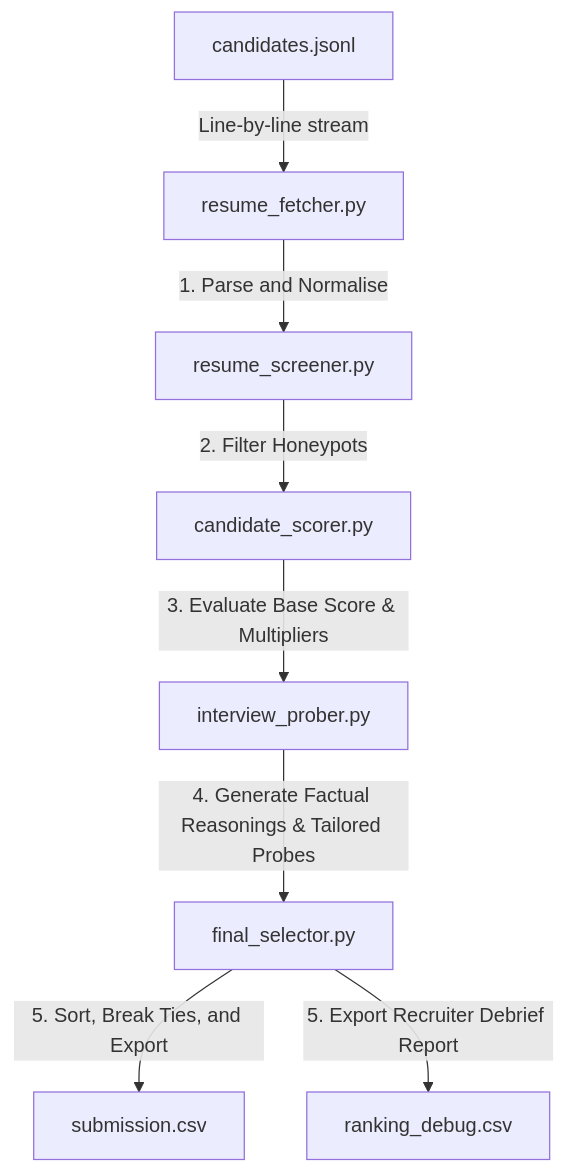
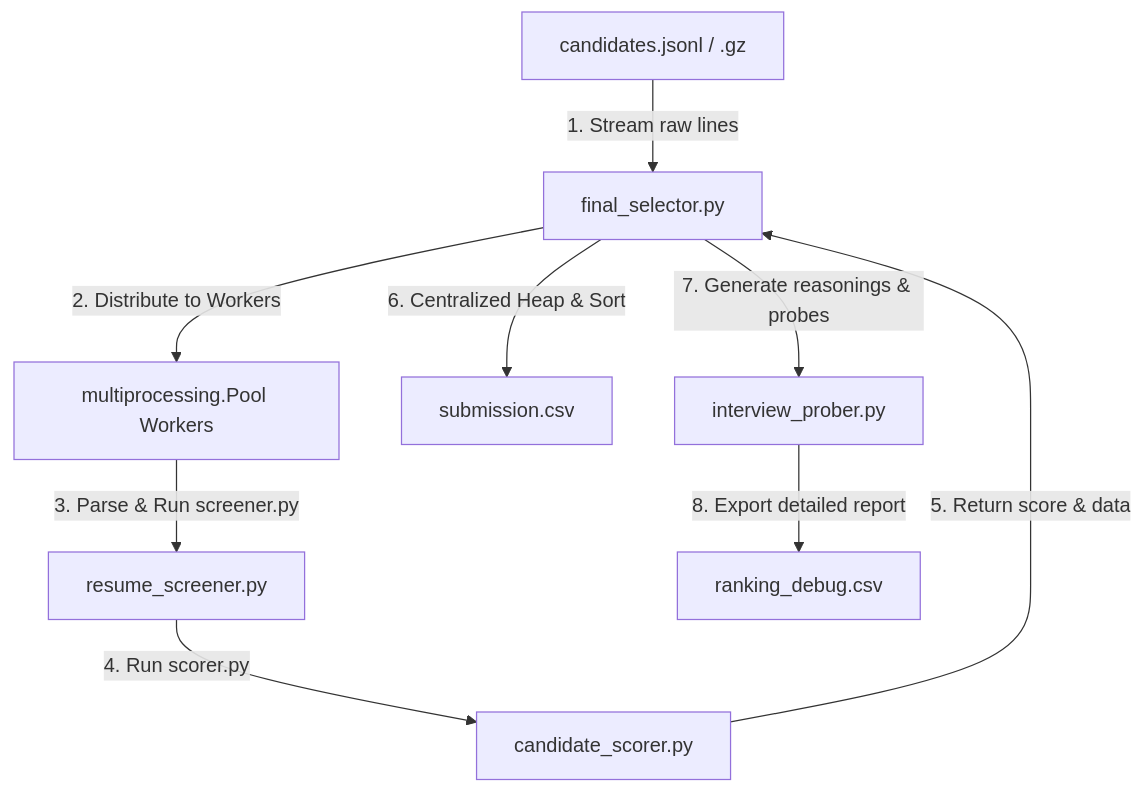
The diagram in learnings/architecture.md (SrikanthMoreboina/The-Data-AI-Challenge---Hackthon), drawn with Mermaid before and after one commit. The commit also changed other lines of this file and 4 other files, not shown here.

Commit message:
docs: update system architecture, streaming concepts, scoring multipliers, and bugs overcome

````diff
--- a/learnings/architecture.md
+++ b/learnings/architecture.md
@@ -9,10 +9,11 @@
 ```mermaid
 graph TD
-    JSONL[candidates.jsonl] -->|Line-by-line stream| Fetcher[resume_fetcher.py]
-    Fetcher -->|1. Parse and Normalise| Screener[resume_screener.py]
-    Screener -->|2. Filter Honeypots| Scorer[candidate_scorer.py]
-    Scorer -->|3. Evaluate Base Score & Multipliers| Prober[interview_prober.py]
-    Prober -->|4. Generate Factual Reasonings & Tailored Probes| Selector[final_selector.py]
-    Selector -->|5. Sort, Break Ties, and Export| OutCSV[submission.csv]
-    Selector -->|5. Export Recruiter Debrief Report| DebugCSV[ranking_debug.csv]
+    JSONL[candidates.jsonl / .gz] -->|1. Stream raw lines| Selector[final_selector.py]
+    Selector -->|2. Distribute to Workers| Workers[multiprocessing.Pool Workers]
+    Workers -->|3. Parse & Run screener.py| Screener[resume_screener.py]
+    Screener -->|4. Run scorer.py| Scorer[candidate_scorer.py]
+    Scorer -->|5. Return score & data| Selector
+    Selector -->|6. Centralized Heap & Sort| OutCSV[submission.csv]
+    Selector -->|7. Generate reasonings & probes| Prober[interview_prober.py]
+    Prober -->|8. Export detailed report| DebugCSV[ranking_debug.csv]
 ```
````
